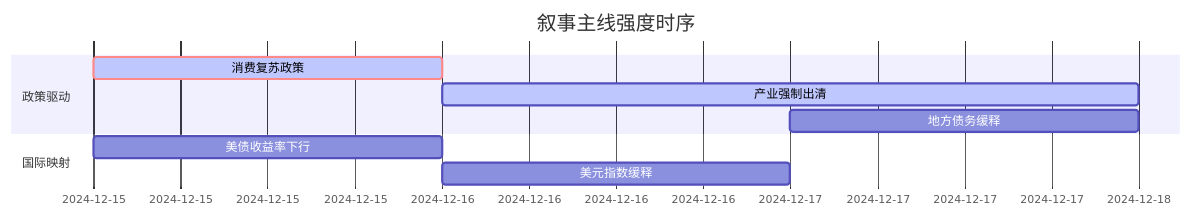
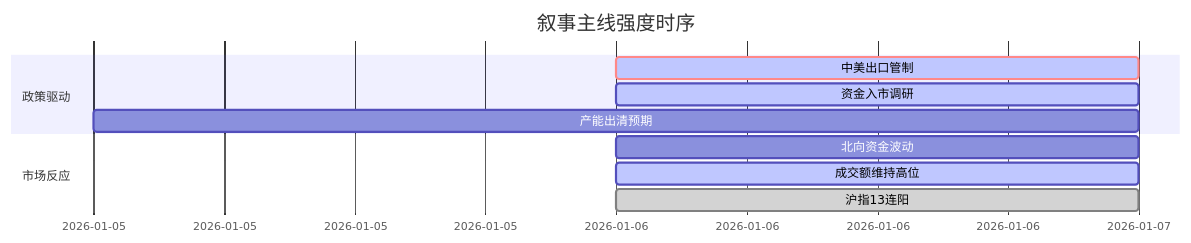
Before and after one commit to uu5zn/uu5zn.github.io: the diagram in 5day_report.md, drawn with Mermaid. The commit also changed other lines of this file and 20 other files, not shown here.

````diff
--- a/5day_report.md
+++ b/5day_report.md
@@ -53,13 +51,14 @@
 ```mermaid
 gantt
     title 叙事主线强度时序
     dateFormat  YYYY-MM-DD
     section 政策驱动
-    消费复苏政策   :crit, active, 2024-12-15, 1d
-    产业强制出清   :active, 2024-12-16, 2d
-    地方债务缓释   :2024-12-17, 1d
+    中美出口管制   :crit, active, 2026-01-06, 1d
+    资金入市调研   :active, 2026-01-06, 1d
+    产能出清预期   :2026-01-05, 2d
     
-    section 国际映射
-    美债收益率下行   :2024-12-15, 1d
-    美元指数缓释   :2024-12-16, 1d
+    section 市场反应
+    北向资金波动   :2026-01-06, 1d
+    成交额维持高位 :active, 2026-01-06, 1d
+    沪指13连阳     :done, 2026-01-06, 1d
 ```
````
